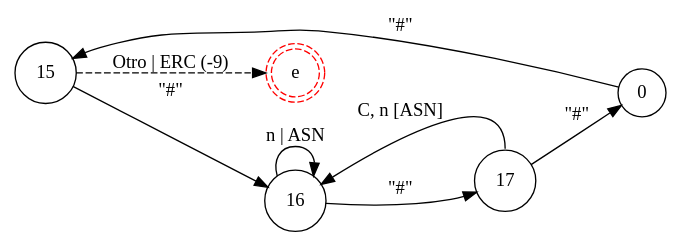
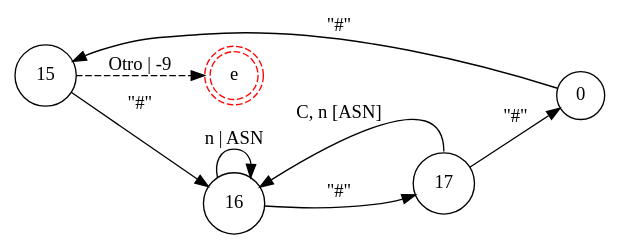
The diagram in resources/diagrams/graphs/comments.dot (iroumec/RouVel-Compiler), drawn with Graphviz before and after one commit. The commit also changed 15 other files, not shown here.

```diff
--- a/resources/diagrams/graphs/comments.dot
+++ b/resources/diagrams/graphs/comments.dot
@@ -1,13 +1,13 @@
 digraph DFA {
     rankdir = LR;
     node [shape = circle;];
     eC [shape = doublecircle;style = dashed;color = red;label = "e";];
     
     0 -> 15 [label = "\"#\"";];
-    15 -> eC [label = "Otro | ERC (-9)"; style = dashed;];
+    15 -> eC [label = "Otro | -9"; style = dashed;];
     15 -> 16 [label = "\"#\"";];
     16 -> 16 [label = "n | ASN";];
     16 -> 17 [label = "\"#\"";];
     17 -> 16 [label = "C, n [ASN]"; tailport = n;];
     17 -> 0 [label = "\"#\"";];
 }
```
